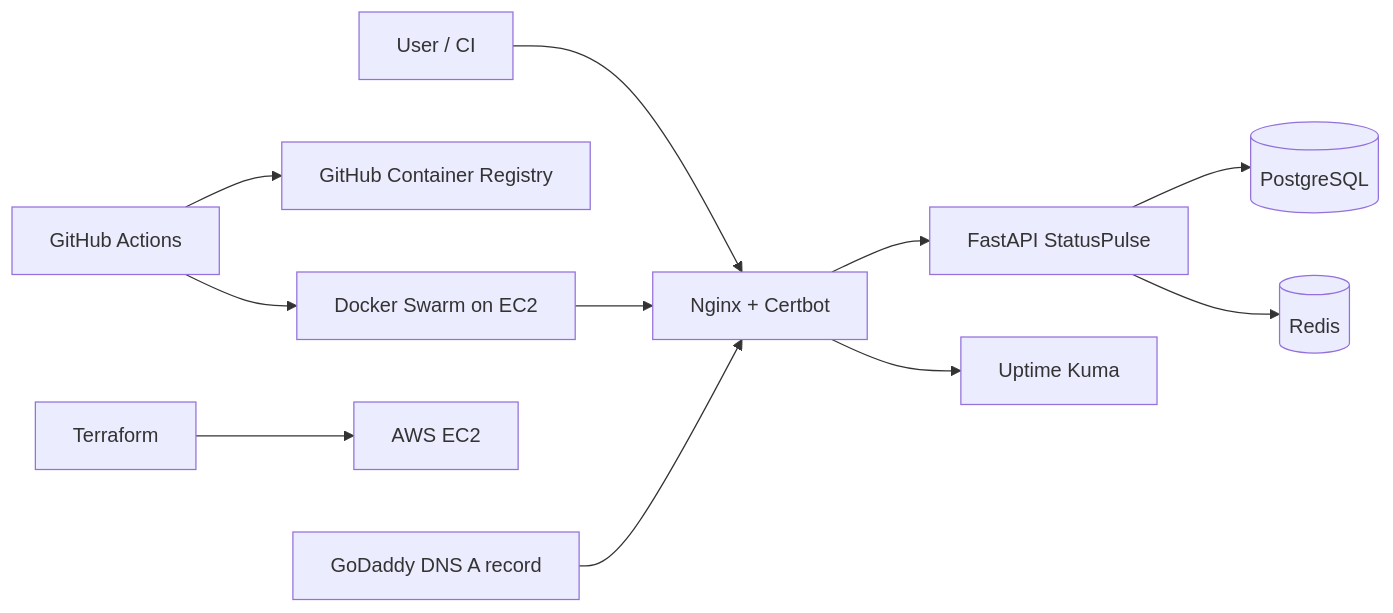
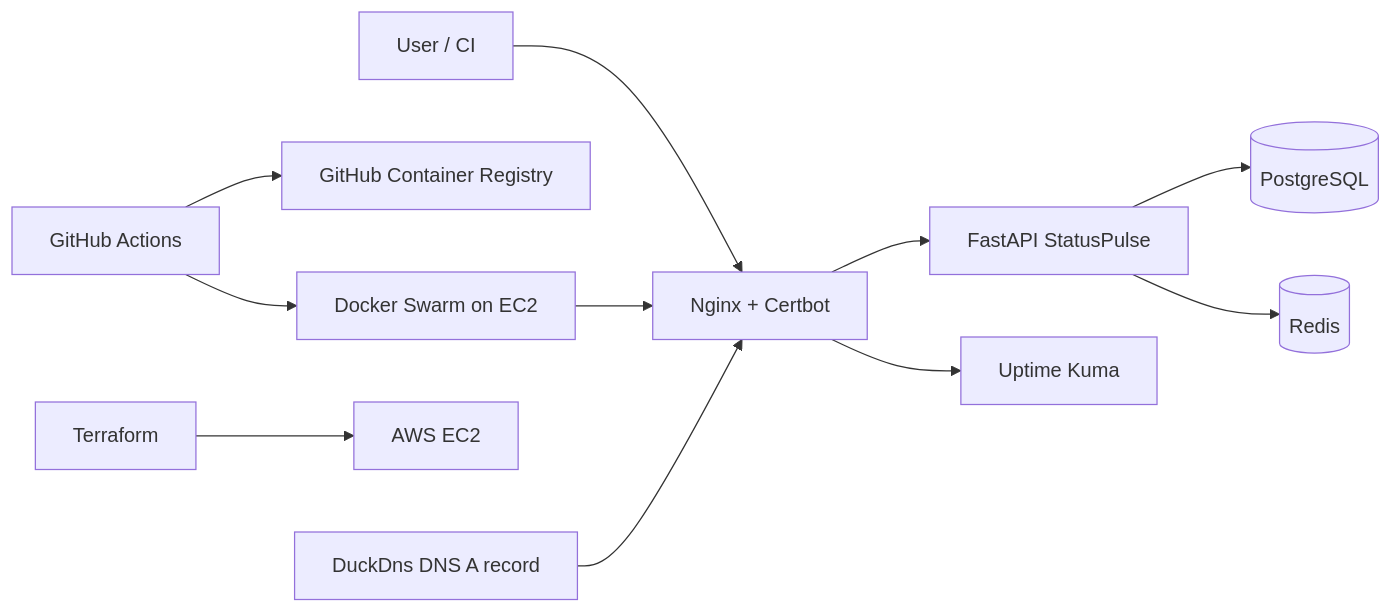
The diagram in README.md (kanhaiyasingh12/statuspulse), drawn with Mermaid before and after one commit. The commit also changed other lines of this file, not shown here.

First line of the commit message:
Change DNS provider from GoDaddy to DuckDns

````diff
--- a/README.md
+++ b/README.md
@@ -7,13 +7,13 @@
 ```mermaid
 flowchart LR
     User[User / CI] --> Proxy[Nginx + Certbot]
     Proxy --> API[FastAPI StatusPulse]
     Proxy --> Kuma[Uptime Kuma]
     API --> Postgres[(PostgreSQL)]
     API --> Redis[(Redis)]
     Actions[GitHub Actions] --> GHCR[GitHub Container Registry]
     Terraform[Terraform] --> EC2[AWS EC2]
     Actions --> Server[Docker Swarm on EC2]
-    GoDaddy[GoDaddy DNS A record] --> Proxy
+    DuckDns[DuckDns DNS A record] --> Proxy
     Server --> Proxy
 ```
````
